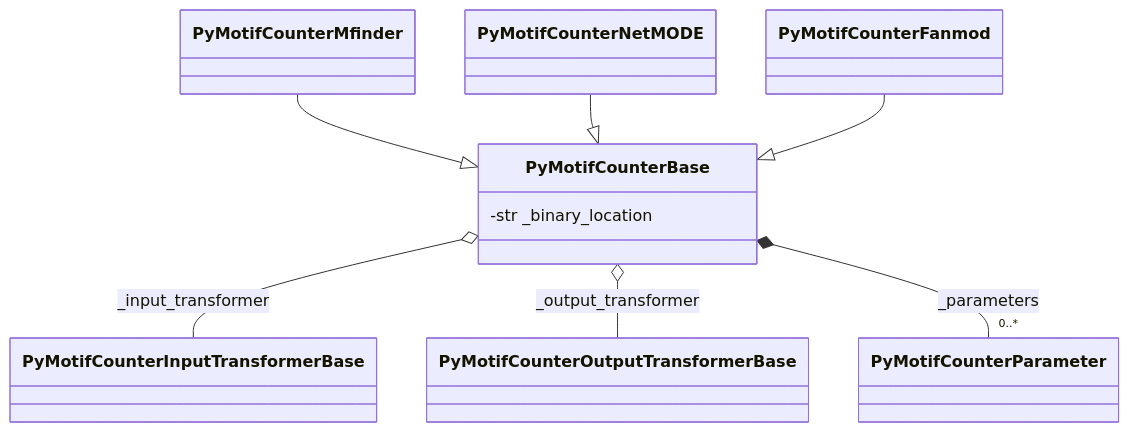
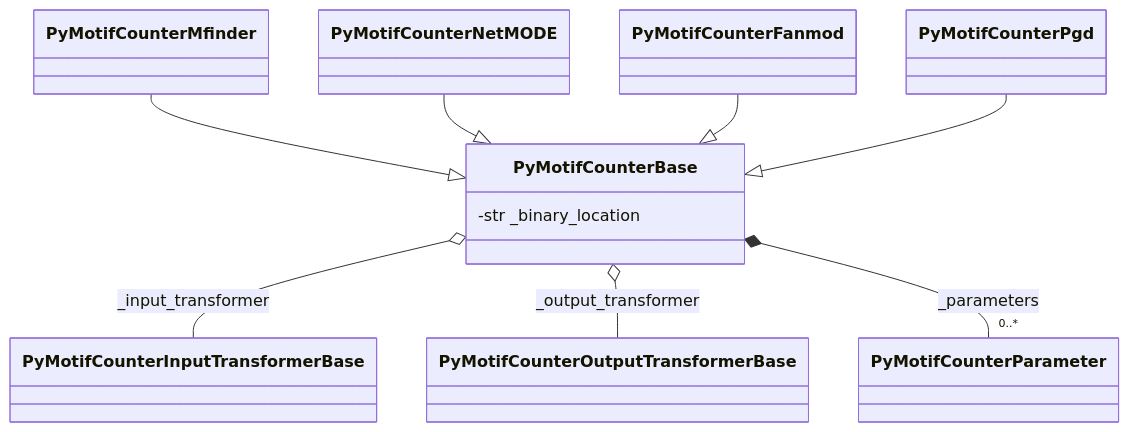
Before and after one commit to aanastasiou/pymotifcounter: the second of 2 diagrams in doc/source/design_notes.rst, drawn with Mermaid. The commit also changed other lines of this file, not shown here.

```diff
--- a/doc/source/design_notes.rst
+++ b/doc/source/design_notes.rst
@@ -24,27 +24,30 @@
 .. mermaid::
     :caption: A high level view of the project's design.
 
     classDiagram
         class PyMotifCounterParameter
         
         class PyMotifCounterOutputTransformerBase
         
         class PyMotifCounterInputTransformerBase
         
         
         class PyMotifCounterBase
         PyMotifCounterBase : -str _binary_location
         
         PyMotifCounterBase o-- PyMotifCounterInputTransformerBase:_input_transformer
         PyMotifCounterBase o-- PyMotifCounterOutputTransformerBase:_output_transformer
         PyMotifCounterBase *-- "0..*" PyMotifCounterParameter:_parameters
 
         class PyMotifCounterMfinder
 
         class PyMotifCounterNetMODE
 
         class PyMotifCounterFanmod
 
+        class PyMotifCounterPgd
+
         PyMotifCounterMfinder --|> PyMotifCounterBase
         PyMotifCounterNetMODE --|> PyMotifCounterBase
         PyMotifCounterFanmod --|> PyMotifCounterBase
+        PyMotifCounterPgd --|> PyMotifCounterBase
```
